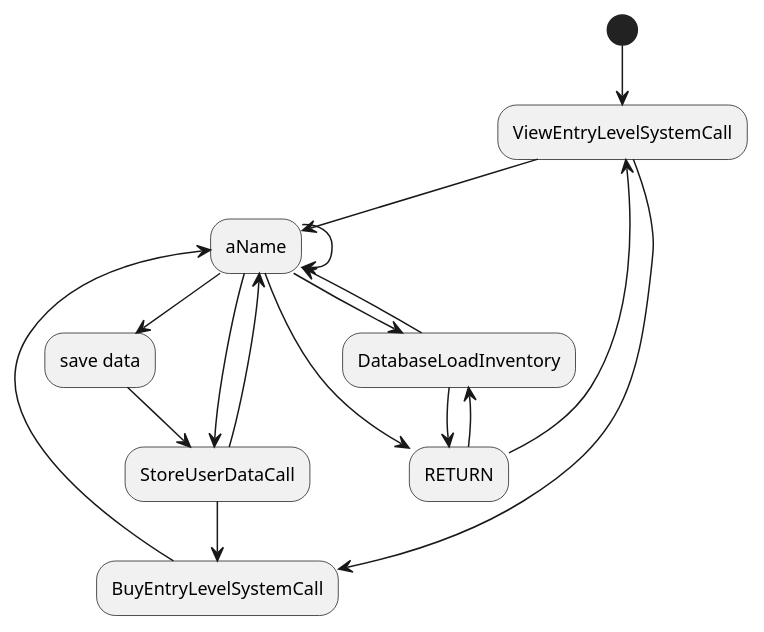
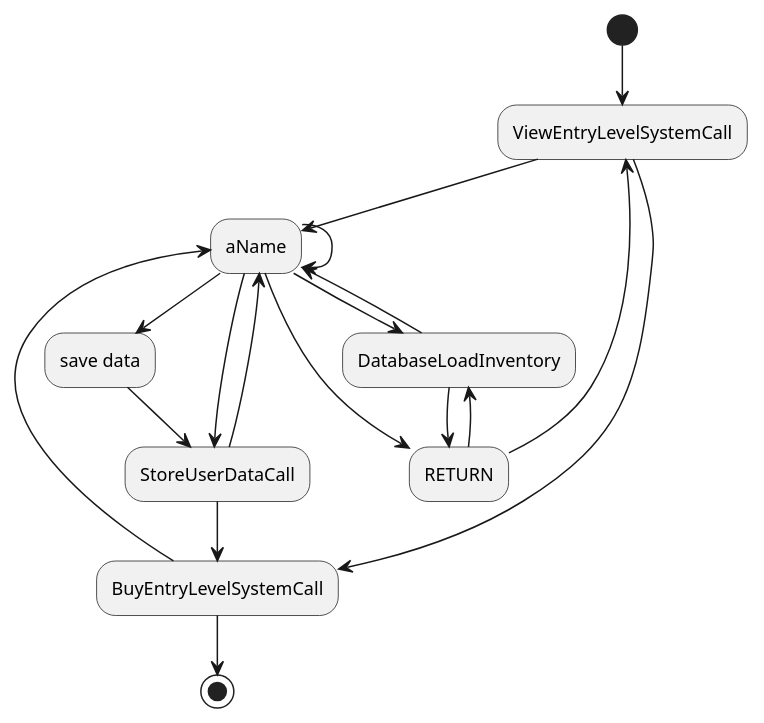
One commit to abunai-dev/DiagramGenerator changed the diagram in test.puml. Above: the diagram before and after it, drawn with PlantUML. The commit also changed 18 other files, not shown here.

```diff
--- a/test.puml
+++ b/test.puml
@@ -1,18 +1,20 @@
 @startuml
 (*) --> "ViewEntryLevelSystemCall"
 "ViewEntryLevelSystemCall" --> "aName"
 "aName" --> "DatabaseLoadInventory"
 "DatabaseLoadInventory" --> "aName"
 "aName" --> "RETURN"
 "RETURN" --> "DatabaseLoadInventory"
 "DatabaseLoadInventory" --> "RETURN"
 "RETURN" --> "ViewEntryLevelSystemCall"
 "ViewEntryLevelSystemCall" --> "BuyEntryLevelSystemCall"
 "BuyEntryLevelSystemCall" --> "aName"
 "aName" --> "aName"
 "aName" --> "StoreUserDataCall"
 "StoreUserDataCall" --> "aName"
 "aName" --> "save data"
 "save data" --> "StoreUserDataCall"
 "StoreUserDataCall" --> "BuyEntryLevelSystemCall"
+"BuyEntryLevelSystemCall" --> (*)
+
 @enduml
```
